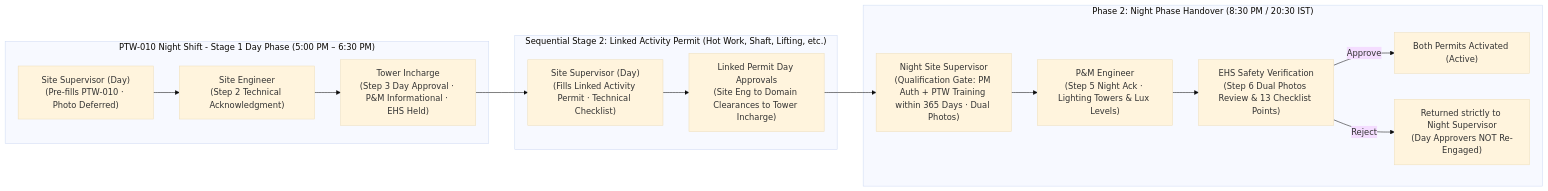
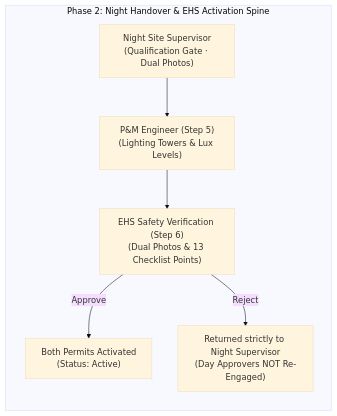
One commit to AuroGroupAutomationBot/ARPL-EHS-Demo changed diagram 17 of 44 in README.md. Above: the diagram before and after it, drawn with Mermaid (base theme). The commit also changed other lines of this file, not shown here.

````diff
--- a/README.md
+++ b/README.md
@@ -603,18 +639,9 @@
 ```mermaid
 graph LR
-    subgraph "PTW-010 Night Shift - Stage 1 Day Phase (5:00 PM – 6:30 PM)"
-        NS1["Site Supervisor (Day)<br/>(Pre-fills PTW-010 · Photo Deferred)"] --> NS2["Site Engineer<br/>(Step 2 Technical Acknowledgment)"]
-        NS2 --> NS3["Tower Incharge<br/>(Step 3 Day Approval · P&M Informational · EHS Held)"]
-    end
-    subgraph "Sequential Stage 2: Linked Activity Permit (Hot Work, Shaft, Lifting, etc.)"
-        NS3 --> LP1["Site Supervisor (Day)<br/>(Fills Linked Activity Permit · Technical Checklist)"]
-        LP1 --> LP2["Linked Permit Day Approvals<br/>(Site Eng to Domain Clearances to Tower Incharge)"]
-    end
-    subgraph "Phase 2: Night Phase Handover (8:30 PM / 20:30 IST)"
-        LP2 --> HO1["Night Site Supervisor<br/>(Qualification Gate: PM Auth + PTW Training within 365 Days · Dual Photos)"]
-        HO1 --> PM1["P&M Engineer<br/>(Step 5 Night Ack · Lighting Towers & Lux Levels)"]
-        PM1 --> EHS1["EHS Safety Verification<br/>(Step 6 Dual Photos Review & 13 Checklist Points)"]
-        EHS1 -- Approve --> ACT["Both Permits Activated (Active)"]
+    subgraph "Phase 2: Night Handover & EHS Activation Spine"
+        HO1["Night Site Supervisor<br/>(Qualification Gate · Dual Photos)"] --> PM1["P&M Engineer (Step 5)<br/>(Lighting Towers & Lux Levels)"]
+        PM1 --> EHS1["EHS Safety Verification (Step 6)<br/>(Dual Photos & 13 Checklist Points)"]
+        EHS1 -- Approve --> ACT["Both Permits Activated<br/>(Status: Active)"]
         EHS1 -- Reject --> RET["Returned strictly to Night Supervisor<br/>(Day Approvers NOT Re-Engaged)"]
     end
 ```
````
